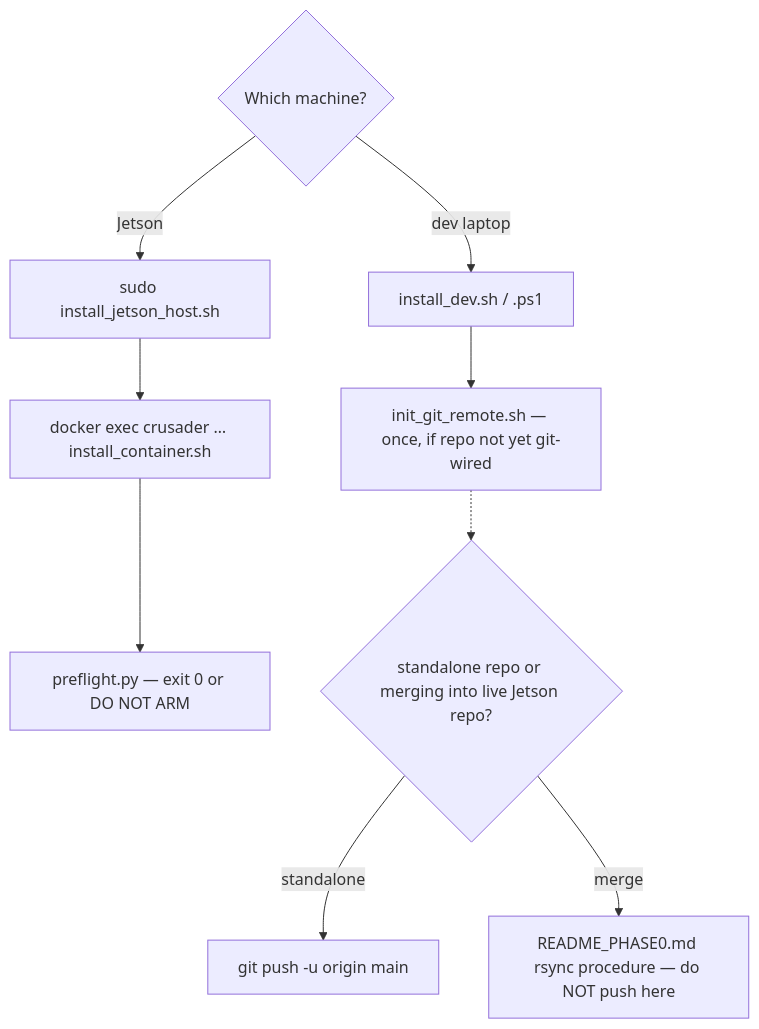
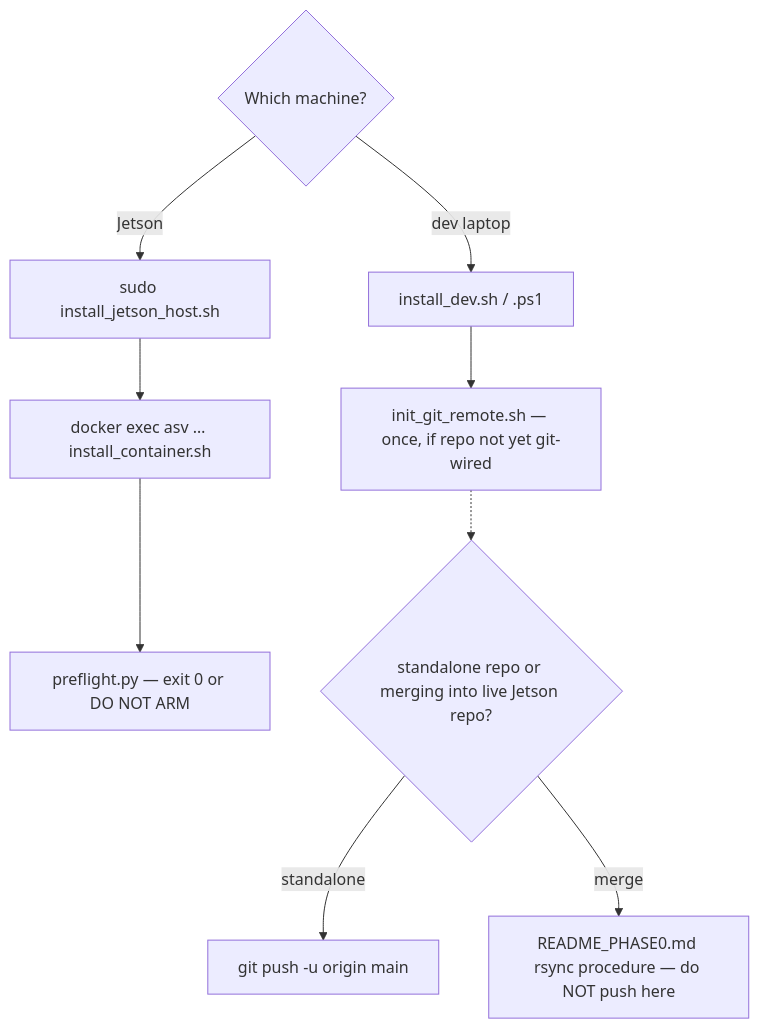
One commit to InspirationRobotics/rx26_asv changed the diagram in setup/README.md. Above: the diagram before and after it, drawn with Mermaid. The commit also changed other lines of this file and 17 other files, not shown here.

First line of the commit message:
Rename the container crusader -> asv, and make the name a deployment choice

````diff
--- a/setup/README.md
+++ b/setup/README.md
@@ -15,11 +15,11 @@
 ```mermaid
 flowchart TD
     A{Which machine?} -->|dev laptop| D[install_dev.sh / .ps1]
     A -->|Jetson| H[sudo install_jetson_host.sh]
-    H --> C[docker exec crusader … install_container.sh]
+    H --> C[docker exec asv … install_container.sh]
     C --> P[preflight.py — exit 0 or DO NOT ARM]
     D --> G[init_git_remote.sh — once, if repo not yet git-wired]
     G -.-> M{standalone repo or merging into live Jetson repo?}
     M -->|standalone| PUSH[git push -u origin main]
     M -->|merge| R[README_PHASE0.md rsync procedure — do NOT push here]
 ```
````
